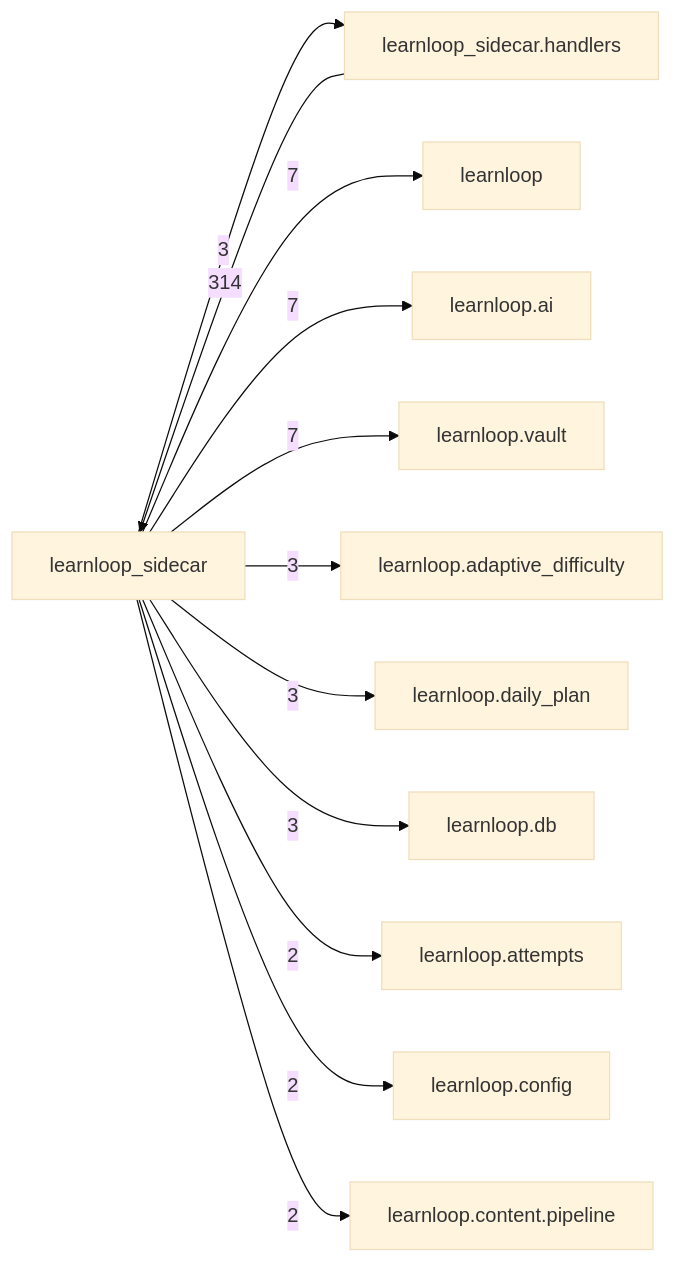
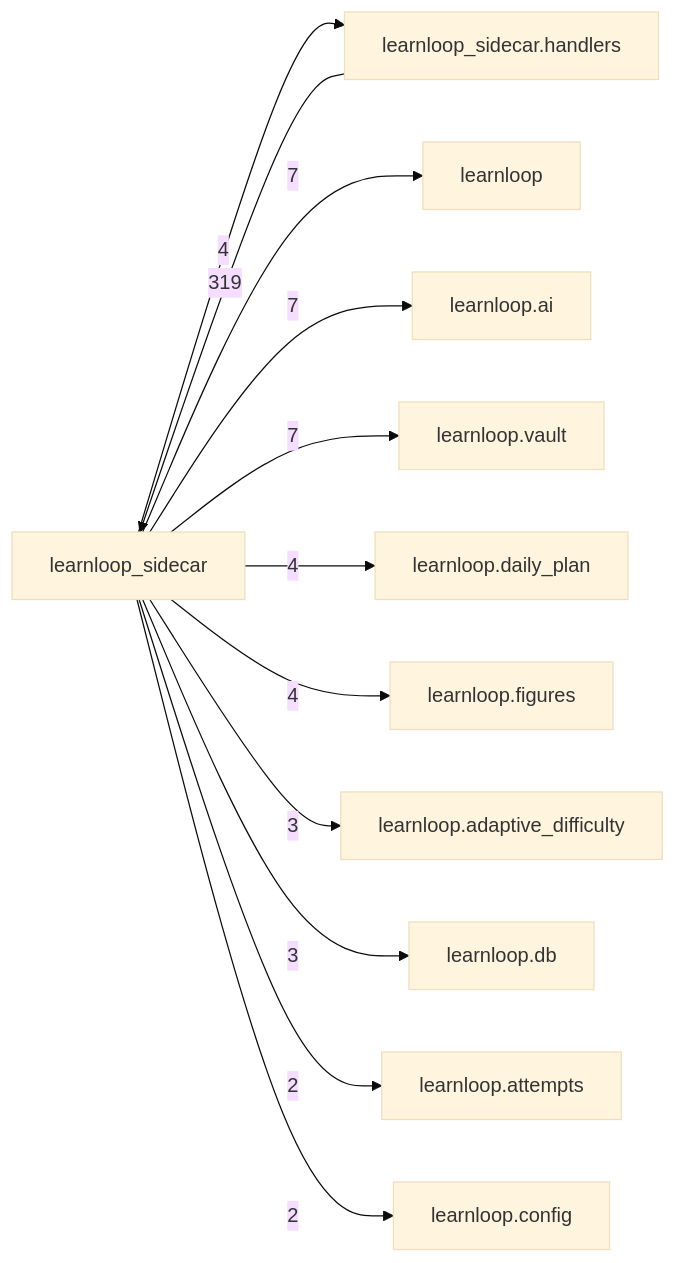
The diagram in docs/learnloop-architecture-vault/Reference/Modules/learnloop_sidecar/_package.md (6up-b/learnanything), drawn with Mermaid (base theme) before and after one commit. The commit also changed other lines of this file and 601 other files, not shown here.

````diff
--- a/docs/learnloop-architecture-vault/Reference/Modules/learnloop_sidecar/_package.md
+++ b/docs/learnloop-architecture-vault/Reference/Modules/learnloop_sidecar/_package.md
@@ -116,25 +119,25 @@
 ```mermaid
 flowchart LR
     center["learnloop_sidecar"]
     n_learnloop_sidecar_handlers["learnloop_sidecar.handlers"]
     n_learnloop["learnloop"]
     n_learnloop_ai["learnloop.ai"]
     n_learnloop_vault["learnloop.vault"]
+    n_learnloop_daily_plan["learnloop.daily_plan"]
+    n_learnloop_figures["learnloop.figures"]
     n_learnloop_adaptive_difficulty["learnloop.adaptive_difficulty"]
-    n_learnloop_daily_plan["learnloop.daily_plan"]
     n_learnloop_db["learnloop.db"]
     n_learnloop_attempts["learnloop.attempts"]
     n_learnloop_config["learnloop.config"]
-    n_learnloop_content_pipeline["learnloop.content.pipeline"]
-    n_learnloop_sidecar_handlers -->|314| center
-    center -->|3| n_learnloop_sidecar_handlers
+    n_learnloop_sidecar_handlers -->|319| center
+    center -->|4| n_learnloop_sidecar_handlers
     center -->|7| n_learnloop
     center -->|7| n_learnloop_ai
     center -->|7| n_learnloop_vault
+    center -->|4| n_learnloop_daily_plan
+    center -->|4| n_learnloop_figures
     center -->|3| n_learnloop_adaptive_difficulty
-    center -->|3| n_learnloop_daily_plan
     center -->|3| n_learnloop_db
     center -->|2| n_learnloop_attempts
     center -->|2| n_learnloop_config
-    center -->|2| n_learnloop_content_pipeline
 ```
````
